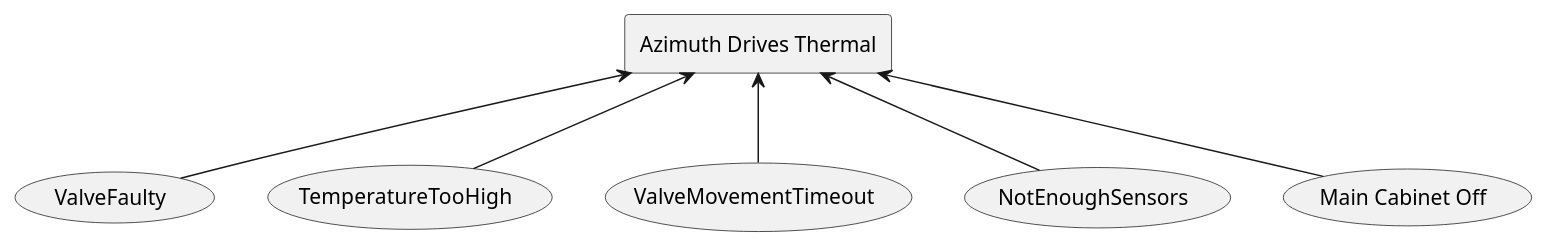
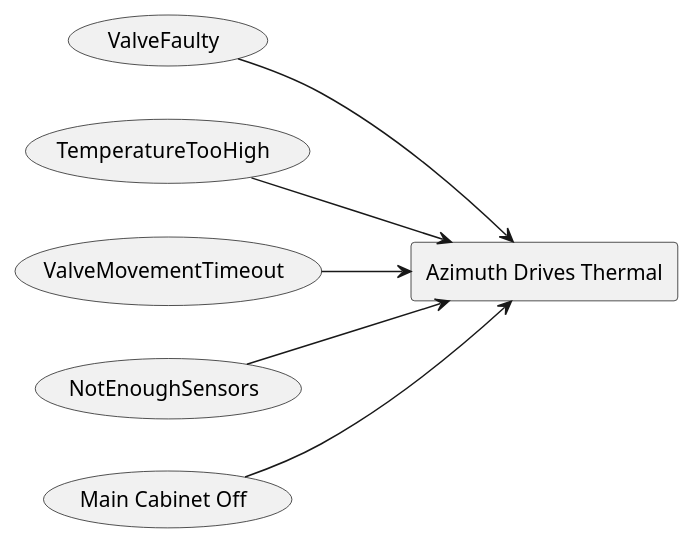
One commit to lsst-ts/ts_tma_tma-documentation_tma-faults changed the third of 18 diagrams in README.md. Above: the diagram before and after it, drawn with PlantUML. The commit also changed other lines of this file, not shown here.

Commit message:
refactor: change the diagrams to be left to right instead of top to bottom

````diff
--- a/README.md
+++ b/README.md
@@ -290,21 +291,22 @@
 ```plantuml
 @startuml
+left to right direction
 rectangle "Azimuth Drives Thermal" as AzimuthDrivesThermal
 usecase "ValveFaulty" as ValveFaulty
 
-ValveFaulty -u-> AzimuthDrivesThermal
+ValveFaulty --> AzimuthDrivesThermal
 usecase "TemperatureTooHigh" as TemperatureTooHigh
 
-TemperatureTooHigh -u-> AzimuthDrivesThermal
+TemperatureTooHigh --> AzimuthDrivesThermal
 usecase "ValveMovementTimeout" as ValveMovementTimeout
 
-ValveMovementTimeout -u-> AzimuthDrivesThermal
+ValveMovementTimeout --> AzimuthDrivesThermal
 usecase "NotEnoughSensors" as NotEnoughSensors
 
-NotEnoughSensors -u-> AzimuthDrivesThermal
+NotEnoughSensors --> AzimuthDrivesThermal
 usecase "Main Cabinet Off" as MainCabinetOff
 
-MainCabinetOff -u-> AzimuthDrivesThermal
+MainCabinetOff --> AzimuthDrivesThermal
 
 @enduml
 ```
````
